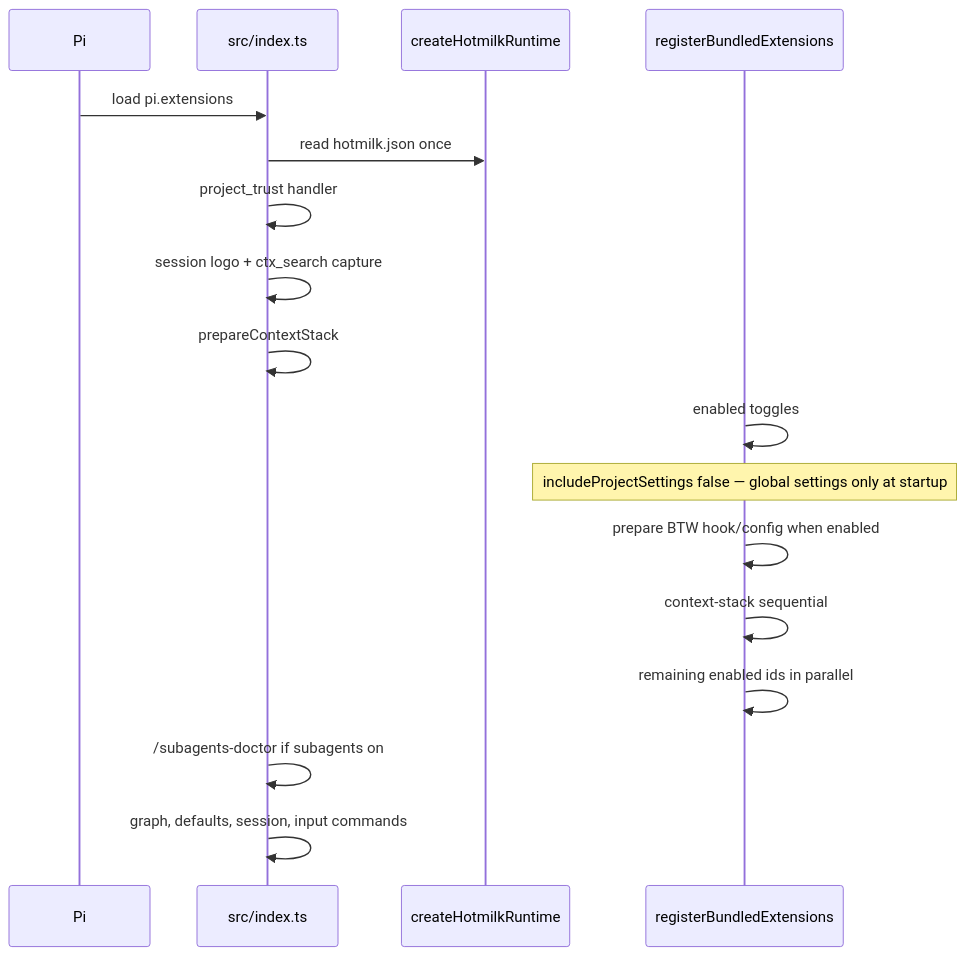
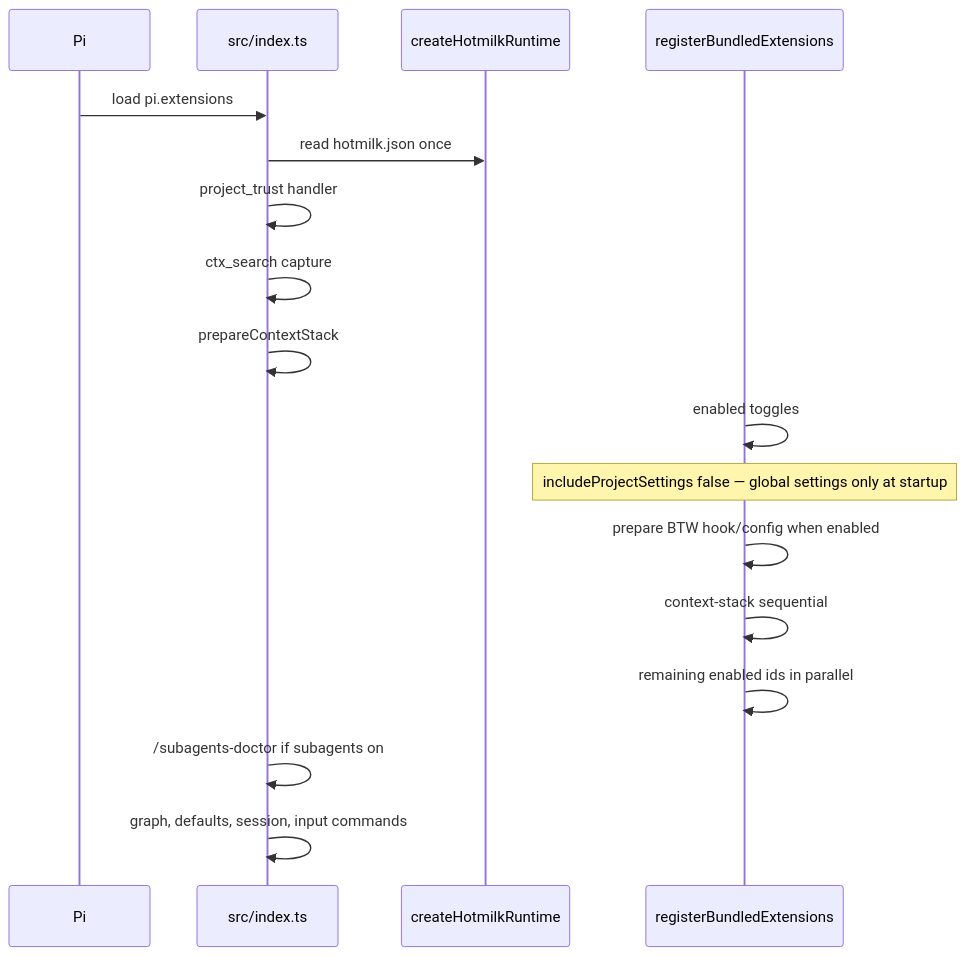
The first of 3 diagrams in docs/design.md (dayjobdoor/hotmilk), drawn with Mermaid before and after one commit. The commit also changed other lines of this file and 69 other files, not shown here.

````diff
--- a/docs/design.md
+++ b/docs/design.md
@@ -9,19 +9,19 @@
 ```mermaid
 sequenceDiagram
   participant Pi
   participant Index as src/index.ts
   participant Runtime as createHotmilkRuntime
   participant Ext as registerBundledExtensions
   Pi->>Index: load pi.extensions
   Index->>Runtime: read hotmilk.json once
   Index->>Index: project_trust handler
-  Index->>Index: session logo + ctx_search capture
+  Index->>Index: ctx_search capture
   Index->>Index: prepareContextStack
   Ext->>Ext: enabled toggles
   Note over Ext: includeProjectSettings false — global settings only at startup
   Ext->>Ext: prepare BTW hook/config when enabled
   Ext->>Ext: context-stack sequential
   Ext->>Ext: remaining enabled ids in parallel
   Index->>Index: /subagents-doctor if subagents on
   Index->>Index: graph, defaults, session, input commands
 ```
````
